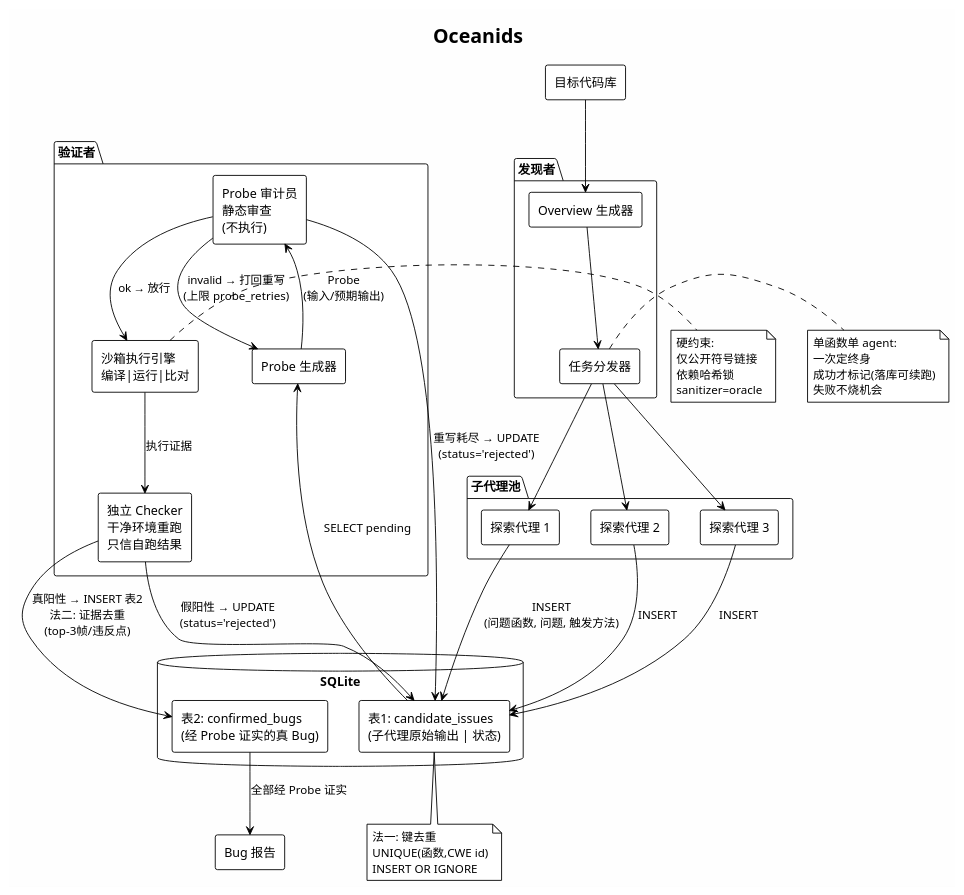
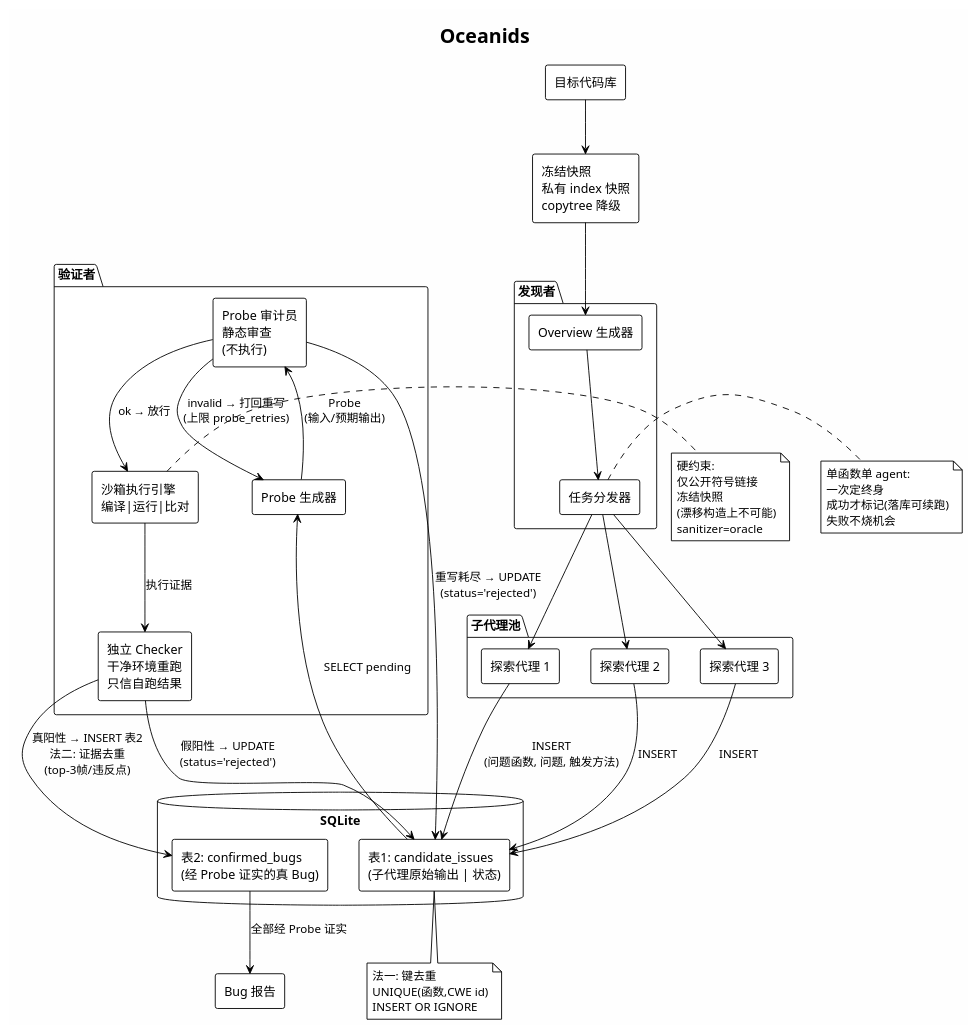
The diagram in docs/arch.puml (404MaximWang/Oceanids), drawn with PlantUML before and after one commit. The commit also changed 15 other files, not shown here.

```diff
--- a/docs/arch.puml
+++ b/docs/arch.puml
@@ -1,82 +1,85 @@
 @startuml
 !theme plain
 skinparam backgroundColor #FEFEFE
 skinparam componentStyle rectangle
 
 title Oceanids
 
 database "SQLite" as DB {
     rectangle "表1: candidate_issues\n(子代理原始输出 | 状态)" as T1
     rectangle "表2: confirmed_bugs\n(经 Probe 证实的真 Bug)" as T2
 }
 
 package "发现者" {
     [Overview 生成器] as Overview
     [任务分发器] as Dispatch
 }
 
 package "子代理池" {
     [探索代理 1] as SA1
     [探索代理 2] as SA2
     [探索代理 3] as SA3
 }
 
 package "验证者" {
     [Probe 生成器] as ProbeGen
     [Probe 审计员\n静态审查\n(不执行)] as Audit
     [沙箱执行引擎\n编译|运行|比对] as Sandbox
     [独立 Checker\n干净环境重跑\n只信自跑结果] as Checker
 }
 
-' Phase 1-2: 同前
-[目标代码库] --> Overview
+' Phase 0: 冻结快照（私有 index / copytree 降级）
+[冻结快照\n私有 index 快照\ncopytree 降级] as Freeze
+[目标代码库] --> Freeze
+Freeze --> Overview
 Overview --> Dispatch
 Dispatch --> SA1
 Dispatch --> SA2
 Dispatch --> SA3
 
 note right of Dispatch
   单函数单 agent:
   一次定终身
   成功才标记(落库可续跑)
   失败不烧机会
 end note
 
 SA1 --> T1 : INSERT\n(问题函数, 问题, 触发方法)
 SA2 --> T1 : INSERT
 SA3 --> T1 : INSERT
 
 ' 法一: 写入时键去重
 note bottom of T1
   法一: 键去重
   UNIQUE(函数,CWE id)
   INSERT OR IGNORE
 end note
 
 ' Phase 3: 验证者直接订阅表1
 T1 --> ProbeGen : SELECT pending
 ProbeGen --> Audit : Probe\n(输入/预期输出)
 
 ' Phase 3.4: 审计门（打回重写，耗尽则拒）
 Audit --> ProbeGen : invalid → 打回重写\n(上限 probe_retries)
 Audit --> T1 : 重写耗尽 → UPDATE\n(status='rejected')
 Audit --> Sandbox : ok → 放行
 
 ' 硬约束（机械保证，非 prompt）
 note right of Sandbox
   硬约束:
   仅公开符号链接
-  依赖哈希锁
+  冻结快照
+  (漂移构造上不可能)
   sanitizer=oracle
 end note
 
 ' Phase 3.5: 生成/执行/判定三权分离
 Sandbox --> Checker : 执行证据
 
 ' Phase 4: 验证结果分流
 Checker --> T2 : 真阳性 → INSERT 表2\n法二: 证据去重\n(top-3帧/违反点)
 Checker --> T1 : 假阳性 → UPDATE\n(status='rejected')
 
 T2 --> [Bug 报告] : 全部经 Probe 证实
 
 @enduml
```
